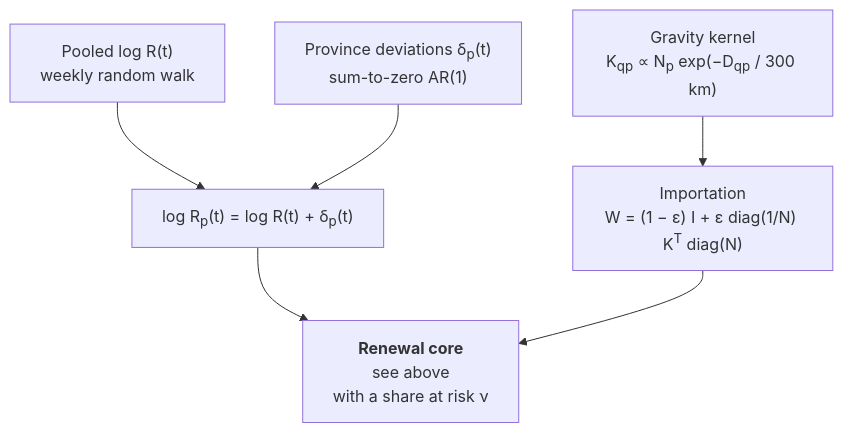
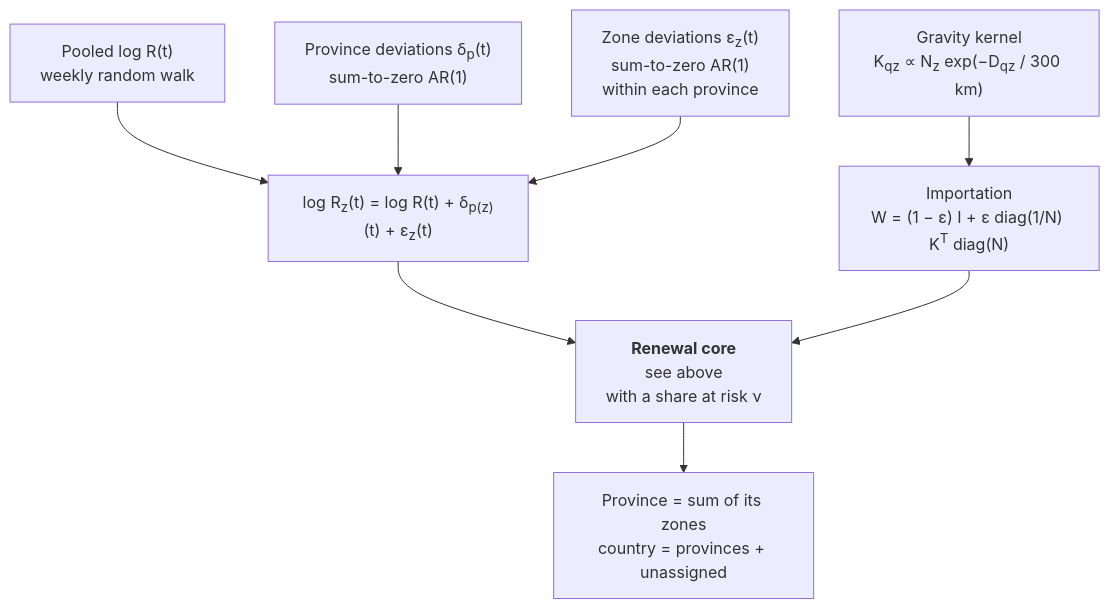
The third of 4 diagrams in docs/methods/model.md (seabbs/BDBVHubRenewal), drawn with Mermaid before and after one commit. The commit also changed other lines of this file, not shown here.

Commit message:
docs: describe the zone renewal model

````diff
--- a/docs/methods/model.md
+++ b/docs/methods/model.md
@@ -202,15 +204,19 @@
 ```mermaid
 flowchart TD
     LR["Pooled log R(t)<br/>weekly random walk"]
     DV["Province deviations δ<sub>p</sub>(t)<br/>sum-to-zero AR(1)"]
-    RP["log R<sub>p</sub>(t) = log R(t) + δ<sub>p</sub>(t)"]
-    K["Gravity kernel<br/>K<sub>qp</sub> ∝ N<sub>p</sub> exp(−D<sub>qp</sub> / 300 km)"]
+    ZV["Zone deviations ε<sub>z</sub>(t)<br/>sum-to-zero AR(1)<br/>within each province"]
+    RP["log R<sub>z</sub>(t) = log R(t) + δ<sub>p(z)</sub>(t) + ε<sub>z</sub>(t)"]
+    K["Gravity kernel<br/>K<sub>qz</sub> ∝ N<sub>z</sub> exp(−D<sub>qz</sub> / 300 km)"]
     W["Importation<br/>W = (1 − ε) I + ε diag(1/N) K<sup>T</sup> diag(N)"]
     CORE["<b>Renewal core</b><br/>see above<br/>with a share at risk ν"]
+    SUM["Province = sum of its zones<br/>country = provinces + unassigned"]
 
     LR --> RP
     DV --> RP
+    ZV --> RP
     K --> W
     RP --> CORE
     W --> CORE
+    CORE --> SUM
 ```
````
